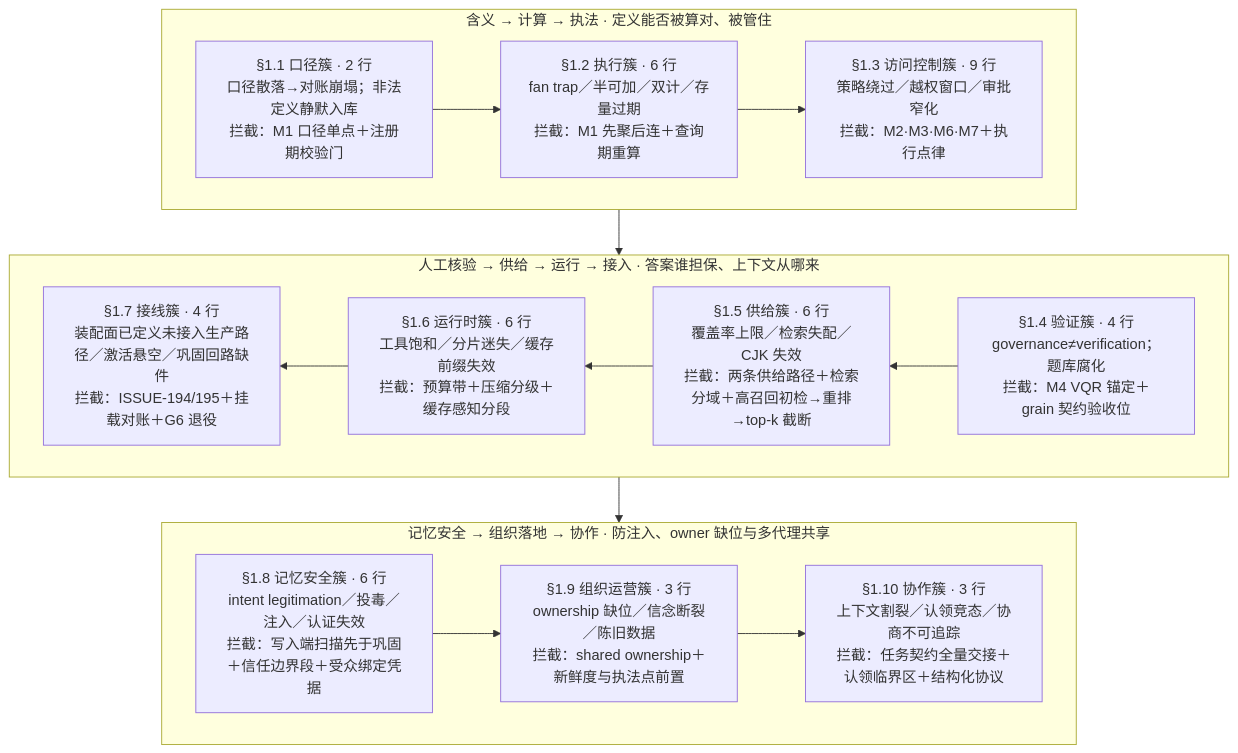
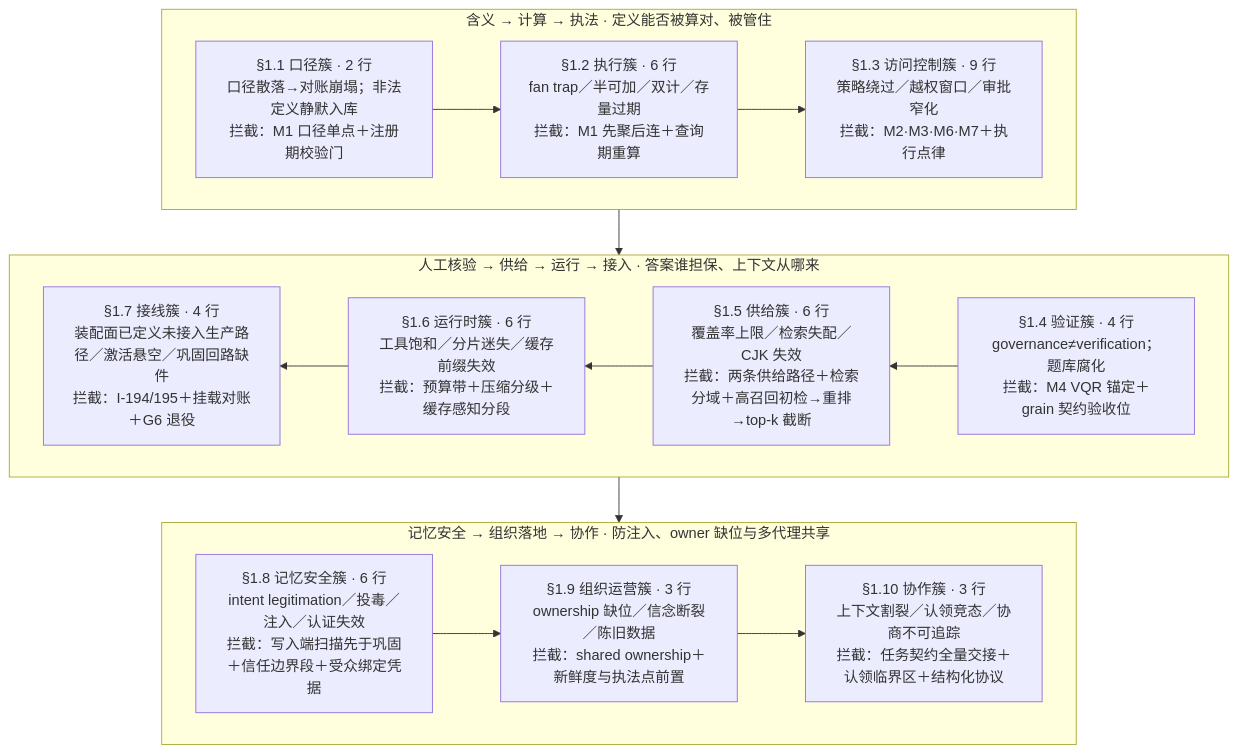
One commit to ThreeFish-AI/negentropy changed the diagram in docs/assets/mermaid/cognitive-context/context-layer--failure-map.mmd. Above: the diagram before and after it, drawn with Mermaid. The commit also changed 297 other files, not shown here.

```diff
--- a/docs/assets/mermaid/cognitive-context/context-layer--failure-map.mmd
+++ b/docs/assets/mermaid/cognitive-context/context-layer--failure-map.mmd
@@ -1,33 +1,33 @@
 %%source: docs/research/cognitive-context/013-context-layer-blueprint.md §1 失效模式登记簿：十类失效汇总（十簇失效形态总览）
 %%slug: cognitive-context/context-layer--failure-map
 %%type: architecture
 %%derived: archify architecture v2, authored fresh（v1 八失效×四层映射退役；新构型＝登记簿十簇蛇形主链穿过三条问题带，簇节点标行数与代表失效、tag 标主要防护）
 flowchart TB
     subgraph T1["含义 → 计算 → 执法 · 定义能否被算对、被管住"]
         direction LR
         C1["§1.1 口径簇 · 2 行<br/>口径散落→对账崩塌；非法定义静默入库<br/>拦截：M1 口径单点＋注册期校验门"]
         C2["§1.2 执行簇 · 6 行<br/>fan trap／半可加／双计／存量过期<br/>拦截：M1 先聚后连＋查询期重算"]
         C3["§1.3 访问控制簇 · 9 行<br/>策略绕过／越权窗口／审批窄化<br/>拦截：M2·M3·M6·M7＋执行点律"]
     end
     subgraph T2["人工核验 → 供给 → 运行 → 接入 · 答案谁担保、上下文从哪来"]
         direction RL
         C4["§1.4 验证簇 · 4 行<br/>governance≠verification；题库腐化<br/>拦截：M4 VQR 锚定＋grain 契约验收位"]
         C5["§1.5 供给簇 · 6 行<br/>覆盖率上限／检索失配／CJK 失效<br/>拦截：两条供给路径＋检索分域＋高召回初检→重排→top-k 截断"]
         C6["§1.6 运行时簇 · 6 行<br/>工具饱和／分片迷失／缓存前缀失效<br/>拦截：预算带＋压缩分级＋缓存感知分段"]
-        C7["§1.7 接线簇 · 4 行<br/>装配面已定义未接入生产路径／激活悬空／巩固回路缺件<br/>拦截：ISSUE-194/195＋挂载对账＋G6 退役"]
+        C7["§1.7 接线簇 · 4 行<br/>装配面已定义未接入生产路径／激活悬空／巩固回路缺件<br/>拦截：I-194/195＋挂载对账＋G6 退役"]
     end
     subgraph T3["记忆安全 → 组织落地 → 协作 · 防注入、owner 缺位与多代理共享"]
         direction LR
         C8["§1.8 记忆安全簇 · 6 行<br/>intent legitimation／投毒／注入／认证失效<br/>拦截：写入端扫描先于巩固＋信任边界段＋受众绑定凭据"]
         C9["§1.9 组织运营簇 · 3 行<br/>ownership 缺位／信念断裂／陈旧数据<br/>拦截：shared ownership＋新鲜度与执法点前置"]
         C10["§1.10 协作簇 · 3 行<br/>上下文割裂／认领竞态／协商不可追踪<br/>拦截：任务契约全量交接＋认领临界区＋结构化协议"]
     end
     C1 --> C2
     C2 --> C3
     C3 --> C4
     C4 --> C5
     C5 --> C6
     C6 --> C7
     C7 --> C8
     C8 --> C9
     C9 --> C10
```
